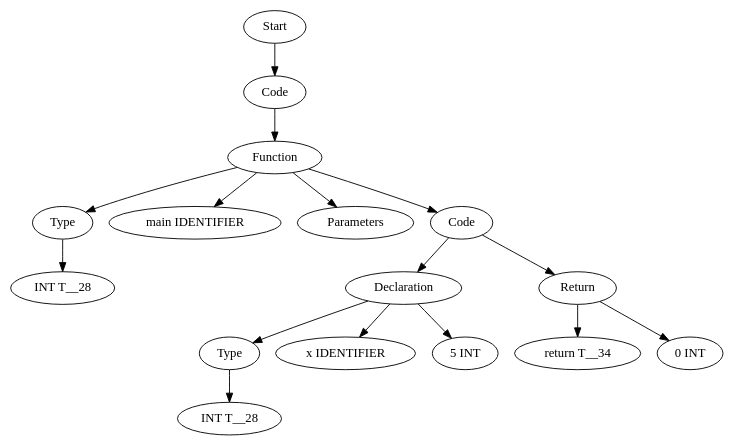
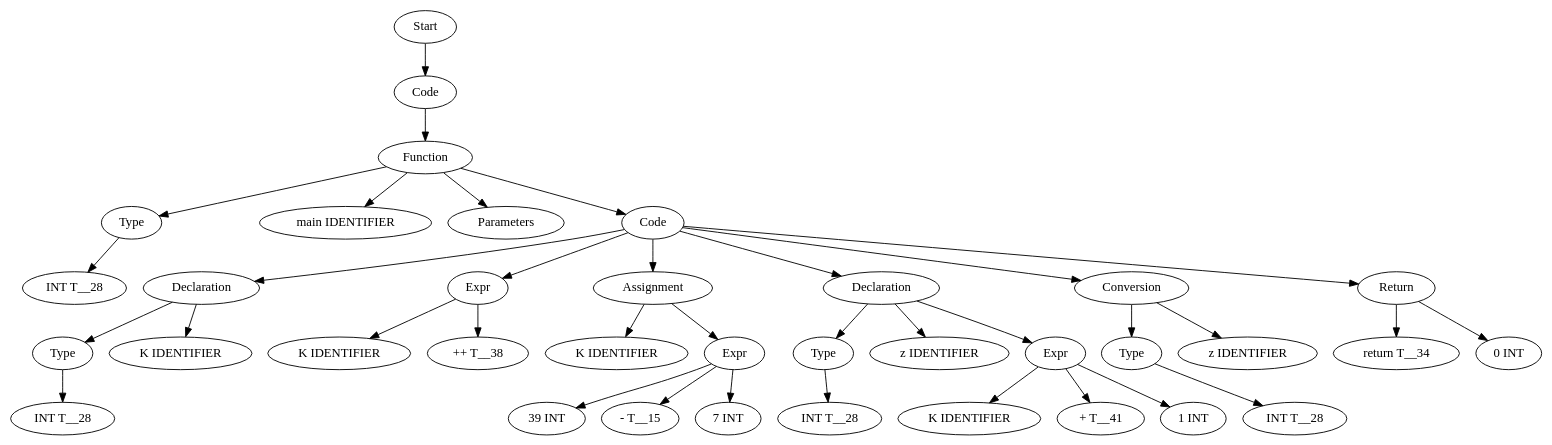
Before and after one commit to Are-you-listening/Compilers: the diagram in TestCases/ASTTests/TypedefTests/createTests/read_file_after.dot, drawn with Graphviz. The commit also changed 316 other files, not shown here.

```diff
--- a/TestCases/ASTTests/TypedefTests/createTests/read_file_after.dot
+++ b/TestCases/ASTTests/TypedefTests/createTests/read_file_after.dot
@@ -1,33 +1,73 @@
 digraph AST {
-  "129020765002416" [label="Start"];
-  "129020765002416" -> "129020765007360";
-  "129020765007360" [label="Code"];
-  "129020765007360" -> "129020764996512";
-  "129020764996512" [label="Function"];
-  "129020764996512" -> "129020765003904";
-  "129020764996512" -> "129020765006592";
-  "129020764996512" -> "129020765177456";
-  "129020764996512" -> "129020765177744";
-  "129020765003904" [label="Type"];
-  "129020765003904" -> "129020765002608";
-  "129020765002608" [label="INT T__28"];
-  "129020765006592" [label="main IDENTIFIER"];
-  "129020765177456" [label="Parameters"];
-  "129020765177744" [label="Code"];
-  "129020765177744" -> "129020765177936";
-  "129020765177744" -> "129020765178656";
-  "129020765177936" [label="Declaration"];
-  "129020765177936" -> "129020765178128";
-  "129020765177936" -> "129020765178416";
-  "129020765177936" -> "129020765178560";
-  "129020765178128" [label="Type"];
-  "129020765178128" -> "129020765178320";
-  "129020765178320" [label="INT T__28"];
-  "129020765178416" [label="x IDENTIFIER"];
-  "129020765178560" [label="5 INT"];
-  "129020765178656" [label="Return"];
-  "129020765178656" -> "129020765178848";
-  "129020765178656" -> "129020765178992";
-  "129020765178848" [label="return T__34"];
-  "129020765178992" [label="0 INT"];
+  "125809038948672" [label="Start"];
+  "125809038948672" -> "125809038942528";
+  "125809038942528" [label="Code"];
+  "125809038942528" -> "125809038945648";
+  "125809038945648" [label="Function"];
+  "125809038945648" -> "125809038945984";
+  "125809038945648" -> "125809038934176";
+  "125809038945648" -> "125809038935568";
+  "125809038945648" -> "125809038934272";
+  "125809038945984" [label="Type"];
+  "125809038945984" -> "125809038949008";
+  "125809038949008" [label="INT T__28"];
+  "125809038934176" [label="main IDENTIFIER"];
+  "125809038935568" [label="Parameters"];
+  "125809038934272" [label="Code"];
+  "125809038934272" -> "125809038945552";
+  "125809038934272" -> "125809038948576";
+  "125809038934272" -> "125809038945840";
+  "125809038934272" -> "125809038948768";
+  "125809038934272" -> "125809039338144";
+  "125809038934272" -> "125809039338720";
+  "125809038945552" [label="Declaration"];
+  "125809038945552" -> "125809038934848";
+  "125809038945552" -> "125809038948528";
+  "125809038934848" [label="Type"];
+  "125809038934848" -> "125809038948480";
+  "125809038948480" [label="INT T__28"];
+  "125809038948528" [label="K IDENTIFIER"];
+  "125809038948576" [label="Expr"];
+  "125809038948576" -> "125809038936768";
+  "125809038948576" -> "125809038940848";
+  "125809038936768" [label="K IDENTIFIER"];
+  "125809038940848" [label="++ T__38"];
+  "125809038945840" [label="Assignment"];
+  "125809038945840" -> "125809038945312";
+  "125809038945840" -> "125809038946944";
+  "125809038945312" [label="K IDENTIFIER"];
+  "125809038946944" [label="Expr"];
+  "125809038946944" -> "125809038946032";
+  "125809038946944" -> "125809038950256";
+  "125809038946944" -> "125809038948720";
+  "125809038946032" [label="39 INT"];
+  "125809038950256" [label="- T__15"];
+  "125809038948720" [label="7 INT"];
+  "125809038948768" [label="Declaration"];
+  "125809038948768" -> "125809038938112";
+  "125809038948768" -> "125809039337472";
+  "125809038948768" -> "125809039337616";
+  "125809038938112" [label="Type"];
+  "125809038938112" -> "125809039336896";
+  "125809039336896" [label="INT T__28"];
+  "125809039337472" [label="z IDENTIFIER"];
+  "125809039337616" [label="Expr"];
+  "125809039337616" -> "125809039337808";
+  "125809039337616" -> "125809039337952";
+  "125809039337616" -> "125809039338096";
+  "125809039337808" [label="K IDENTIFIER"];
+  "125809039337952" [label="+ T__41"];
+  "125809039338096" [label="1 INT"];
+  "125809039338144" [label="Conversion"];
+  "125809039338144" -> "125809039338336";
+  "125809039338144" -> "125809039338624";
+  "125809039338336" [label="Type"];
+  "125809039338336" -> "125809039338528";
+  "125809039338528" [label="INT T__28"];
+  "125809039338624" [label="z IDENTIFIER"];
+  "125809039338720" [label="Return"];
+  "125809039338720" -> "125809039338912";
+  "125809039338720" -> "125809039339056";
+  "125809039338912" [label="return T__34"];
+  "125809039339056" [label="0 INT"];
 }
```
